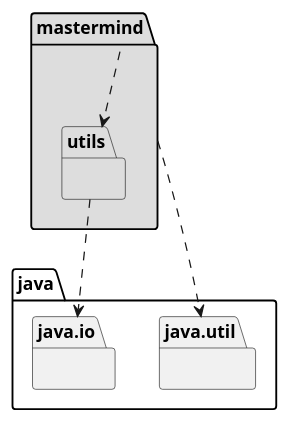
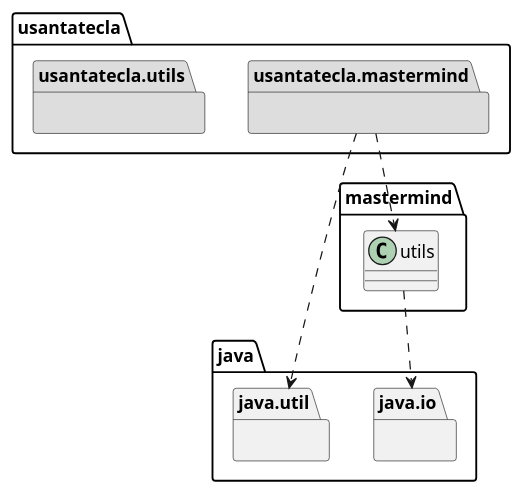
The first of 4 diagrams in docs/src/docs/asciidoc/index.adoc (EscuelaIt/USantaTecla-game-mastermind-java), drawn with PlantUML before and after one commit. The commit also changed other lines of this file and 8 other files, not shown here.

```diff
--- a/docs/src/docs/asciidoc/index.adoc
+++ b/docs/src/docs/asciidoc/index.adoc
@@ -34,13 +34,13 @@
 [plantuml,version1Arquitectura,svg]
 ....
 
-package mastermind #DDDDDD { } 
+package usantatecla.mastermind #DDDDDD { } 
 package java.util{ }
 mastermind .down.> java.util
 mastermind .down.> mastermind.utils
 
-package mastermind.utils #DDDDDD { } 
+package usantatecla.utils #DDDDDD { } 
 package java.io{ }
 mastermind.utils .down.> java.io
 
 ....
```
